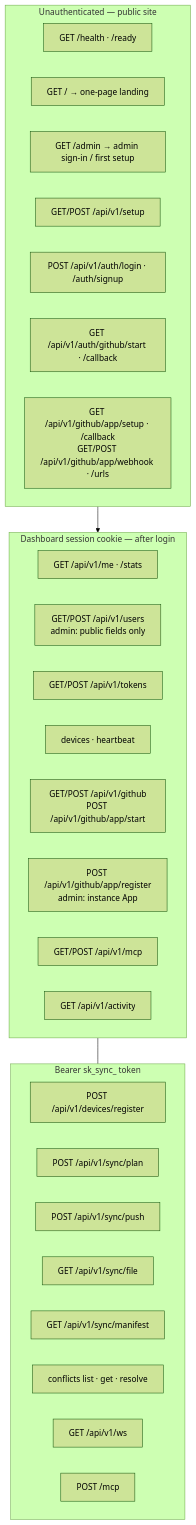
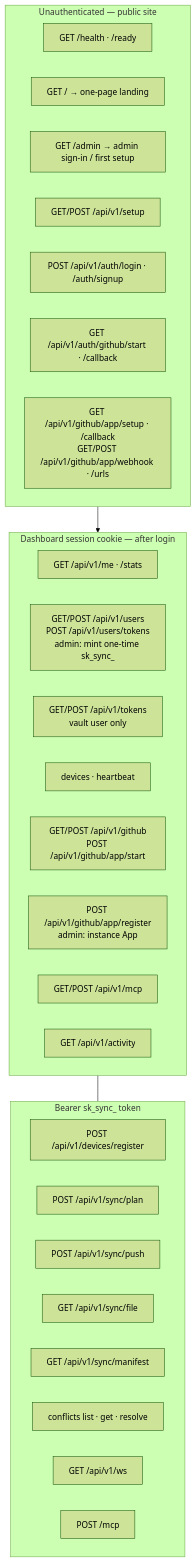
One commit to shangeethsivan/Syncidian changed the third of 13 diagrams in docs/architecture.md. Above: the diagram before and after it, drawn with Mermaid (forest theme). The commit also changed 6 other files, not shown here.

First line of the commit message:
Let admins mint one-time Obsidian tokens for vault users

````diff
--- a/docs/architecture.md
+++ b/docs/architecture.md
@@ -84,37 +84,37 @@
 ```mermaid
 flowchart TB
   subgraph public [Unauthenticated — public site]
     H["GET /health · /ready"]
     UI["GET /  → one-page landing"]
     AdminUI["GET /admin → admin sign-in / first setup"]
     S1["GET/POST /api/v1/setup"]
     L["POST /api/v1/auth/login · /auth/signup"]
     GHO["GET /api/v1/auth/github/start · /callback"]
     AppPub["GET /api/v1/github/app/setup · /callback<br/>GET/POST /api/v1/github/app/webhook · /urls"]
   end
 
   subgraph session [Dashboard session cookie — after login]
     Me["GET /api/v1/me · /stats"]
-    Users["GET/POST /api/v1/users<br/>admin: public fields only"]
-    Tokens["GET/POST /api/v1/tokens"]
+    Users["GET/POST /api/v1/users<br/>POST /api/v1/users/tokens<br/>admin: mint one-time sk_sync_"]
+    Tokens["GET/POST /api/v1/tokens<br/>vault user only"]
     Dev["devices · heartbeat"]
     GH["GET/POST /api/v1/github<br/>POST /api/v1/github/app/start"]
     AppAdm["POST /api/v1/github/app/register<br/>admin: instance App"]
     MCPCfg["GET/POST /api/v1/mcp"]
     Act["GET /api/v1/activity"]
   end
 
   subgraph plugin [Bearer sk_sync_ token]
     Reg["POST /api/v1/devices/register"]
     Plan["POST /api/v1/sync/plan"]
     Push["POST /api/v1/sync/push"]
     File["GET /api/v1/sync/file"]
     Man["GET /api/v1/sync/manifest"]
     Conf["conflicts list · get · resolve"]
     Sock["GET /api/v1/ws"]
     MCP["POST /mcp"]
   end
 
   public --> session
   session --- plugin
 ```
````
